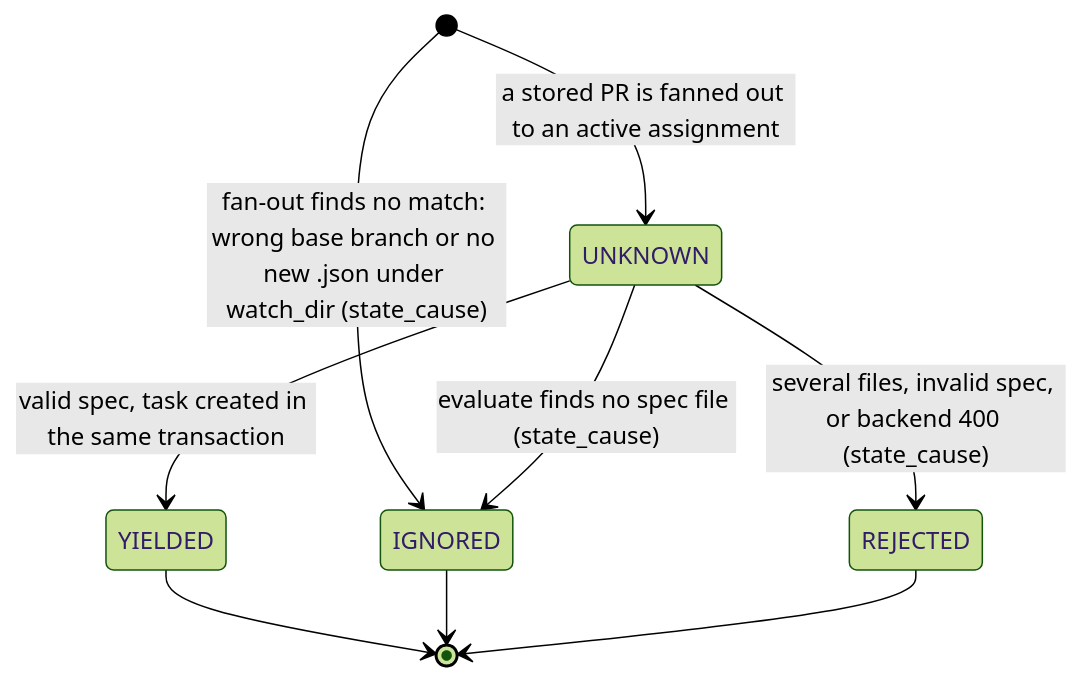
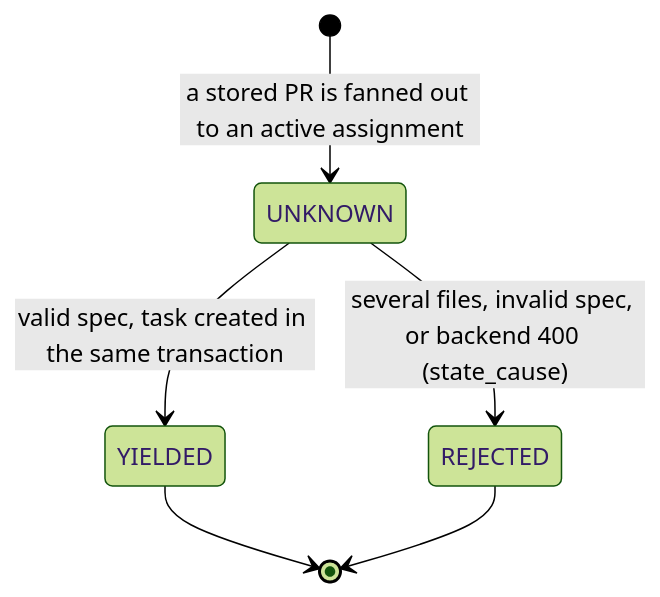
One commit to Aridhia-Open-Source/PHEMS_federated_node changed the third of 5 diagrams in docs/architecture/entities.md. Above: the diagram before and after it, drawn with Mermaid (forest theme). The commit also changed other lines of this file and 25 other files, not shown here.

````diff
--- a/docs/architecture/entities.md
+++ b/docs/architecture/entities.md
@@ -240,11 +240,8 @@
 ```mermaid
 stateDiagram-v2
     [*] --> UNKNOWN : a stored PR is fanned out to an active assignment
     UNKNOWN --> YIELDED : valid spec, task created in the same transaction
-    [*] --> IGNORED : fan-out finds no match: wrong base branch or no new .json under watch_dir (state_cause)
-    UNKNOWN --> IGNORED : evaluate finds no spec file (state_cause)
     UNKNOWN --> REJECTED : several files, invalid spec, or backend 400 (state_cause)
     YIELDED --> [*]
-    IGNORED --> [*]
     REJECTED --> [*]
 ```
````
